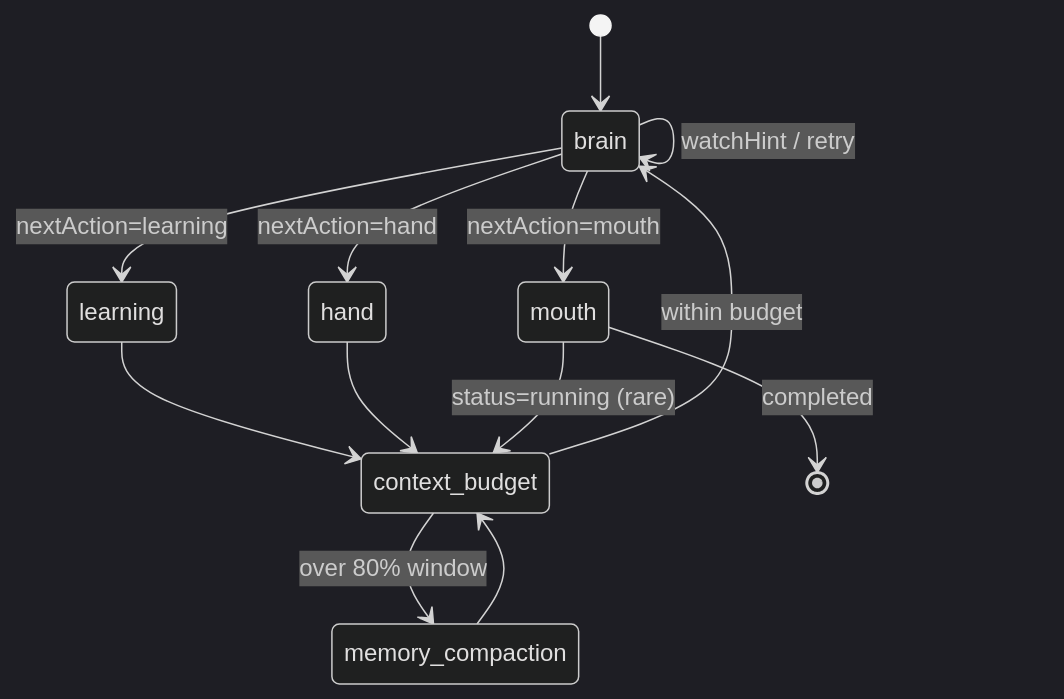
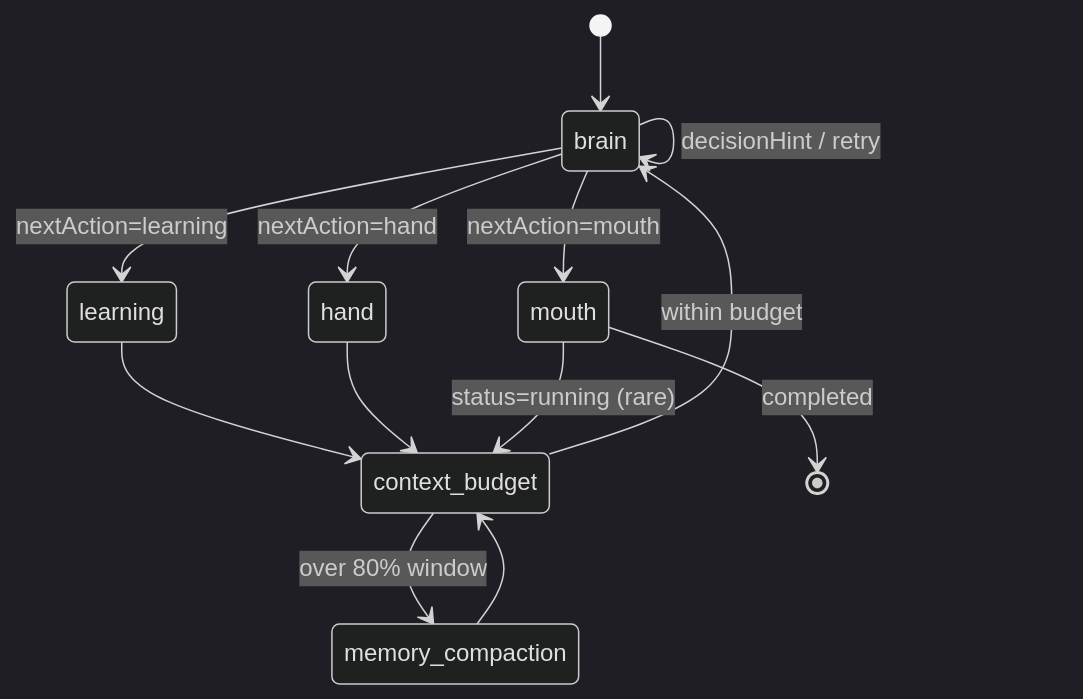
Before and after one commit to Yoan98/Ncurator: the diagram in doc/ai-design/implementation-spec.md, drawn with Mermaid (dark theme). The commit also changed other lines of this file and 65 other files, not shown here.

````diff
--- a/doc/ai-design/implementation-spec.md
+++ b/doc/ai-design/implementation-spec.md
@@ -55,19 +55,19 @@
 ```mermaid
 stateDiagram-v2
     [*] --> brain
 
     brain --> learning: nextAction=learning
     context_budget --> brain: within budget
     context_budget --> memory_compaction: over 80% window
     memory_compaction --> context_budget
 
     brain --> hand: nextAction=hand
     brain --> mouth: nextAction=mouth
-    brain --> brain: watchHint / retry
+    brain --> brain: decisionHint / retry
 
     learning --> context_budget
     hand --> context_budget
 
     mouth --> context_budget: status=running (rare)
     mouth --> [*]: completed
 ```
````
